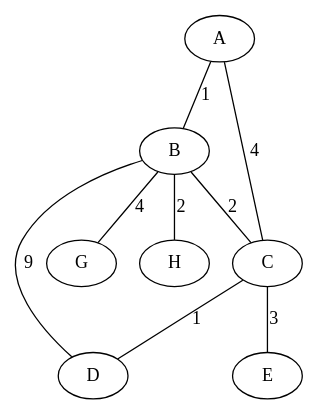
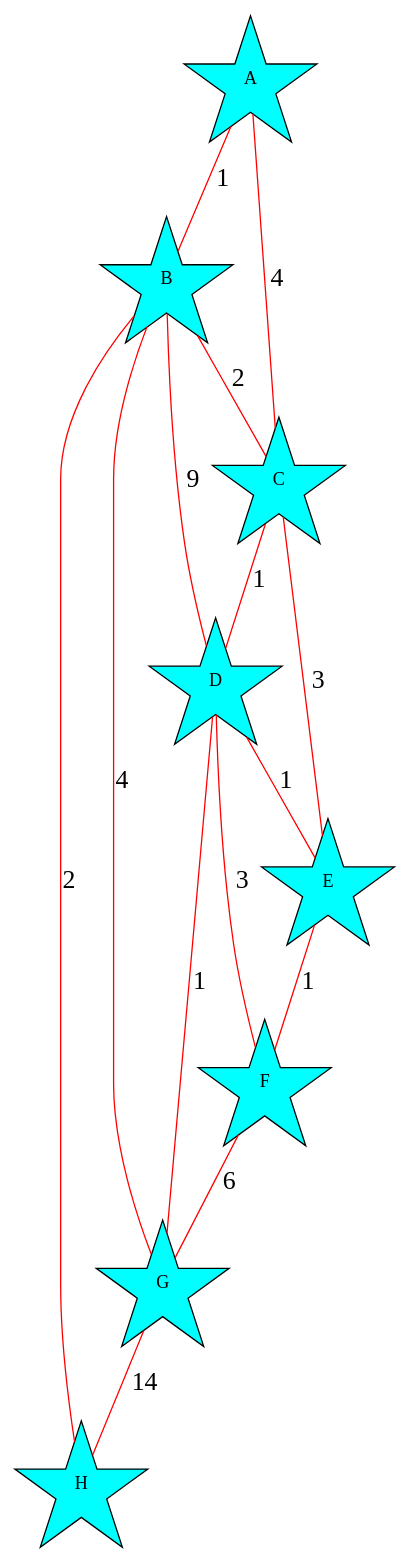
Before and after one commit to C0C01611/graphes: the diagram in g3.dot, drawn with Graphviz. The commit also changed 1 other file, not shown here.

```diff
--- a/g3.dot
+++ b/g3.dot
@@ -1,10 +1,18 @@
 graph {
+node [shape="star" style="filled" fillcolor="aqua"];
+edge [fontsize="20pt" color="red"];
     A -- B [label="1"];
     A -- C [label="4"];
     B -- C [label="2"];
     B -- D [label="9"];
     B -- G [label="4"];
     B -- H [label="2"];
     C -- D [label="1"];
     C -- E [label="3"];
+    D -- E [label="1"];
+    D -- F [label="3"];
+    D -- G [label="1"];
+    E -- F [label="1"];
+    F -- G [label="6"];
+    G -- H [label="14"];
 }
```
